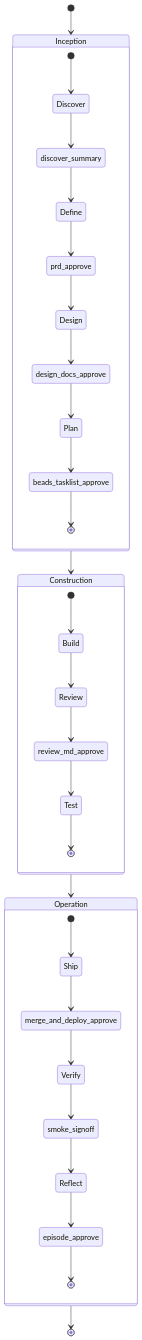
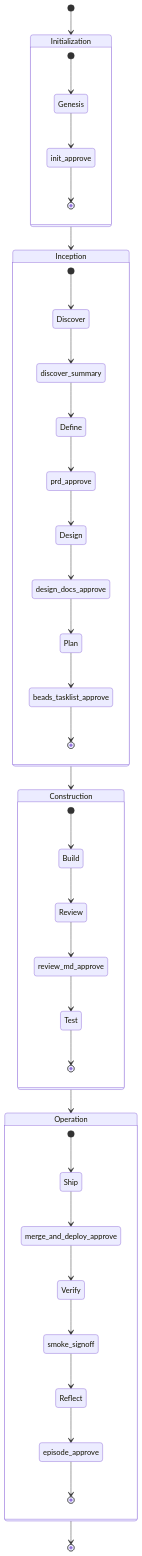
Before and after one commit to pdlc-os/pdlcflow: the second of 2 diagrams in docs/wiki/05-core-flow.md, drawn with Mermaid. The commit also changed other lines of this file and 14 other files, not shown here.

First line of the commit message:
feat(init): real Initialization phase + init_approve (9th gate) (T3-2)

````diff
--- a/docs/wiki/05-core-flow.md
+++ b/docs/wiki/05-core-flow.md
@@ -101,42 +102,49 @@
 ```mermaid
 stateDiagram-v2
-  [*] --> Inception
+  [*] --> Initialization
+  state Initialization {
+    [*] --> Genesis
+    Genesis --> g0
+    g0 : init_approve
+    g0 --> [*]
+  }
+  Initialization --> Inception
   state Inception {
     [*] --> Discover
     Discover --> g1
     g1 : discover_summary
     g1 --> Define
     Define --> g2
     g2 : prd_approve
     g2 --> Design
     Design --> g3
     g3 : design_docs_approve
     g3 --> Plan
     Plan --> g4
     g4 : beads_tasklist_approve
     g4 --> [*]
   }
   Inception --> Construction
   state Construction {
     [*] --> Build
     Build --> Review
     Review --> g5
     g5 : review_md_approve
     g5 --> Test
     Test --> [*]
   }
   Construction --> Operation
   state Operation {
     [*] --> Ship
     Ship --> g6
     g6 : merge_and_deploy_approve
     g6 --> Verify
     Verify --> g7
     g7 : smoke_signoff
     g7 --> Reflect
     Reflect --> g8
     g8 : episode_approve
     g8 --> [*]
   }
   Operation --> [*]
 ```
````
